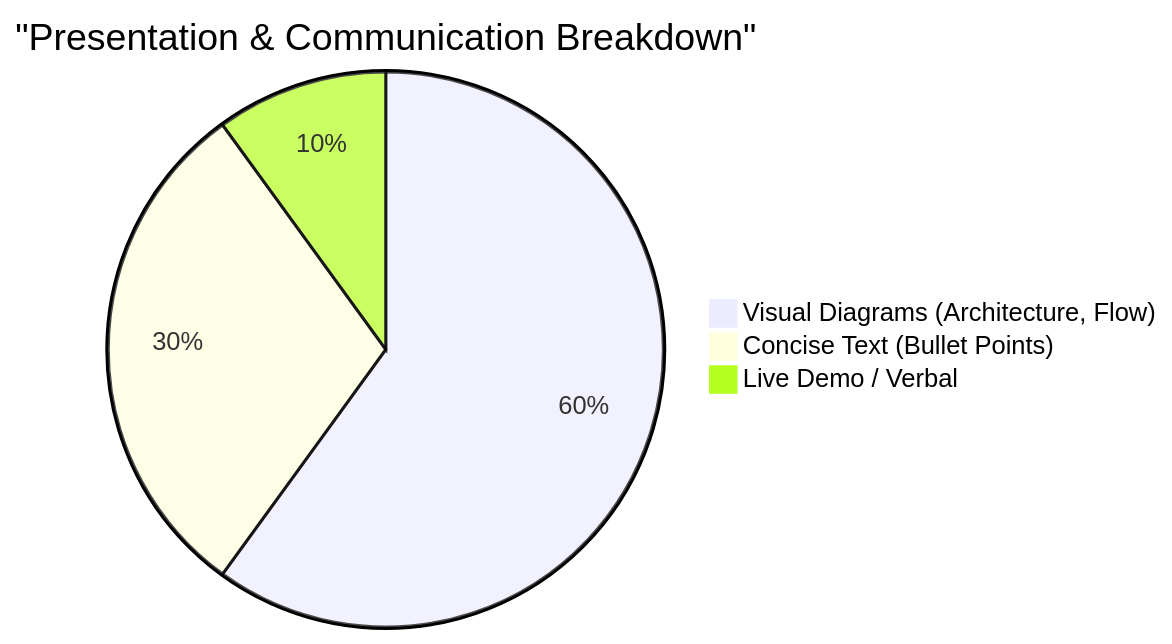
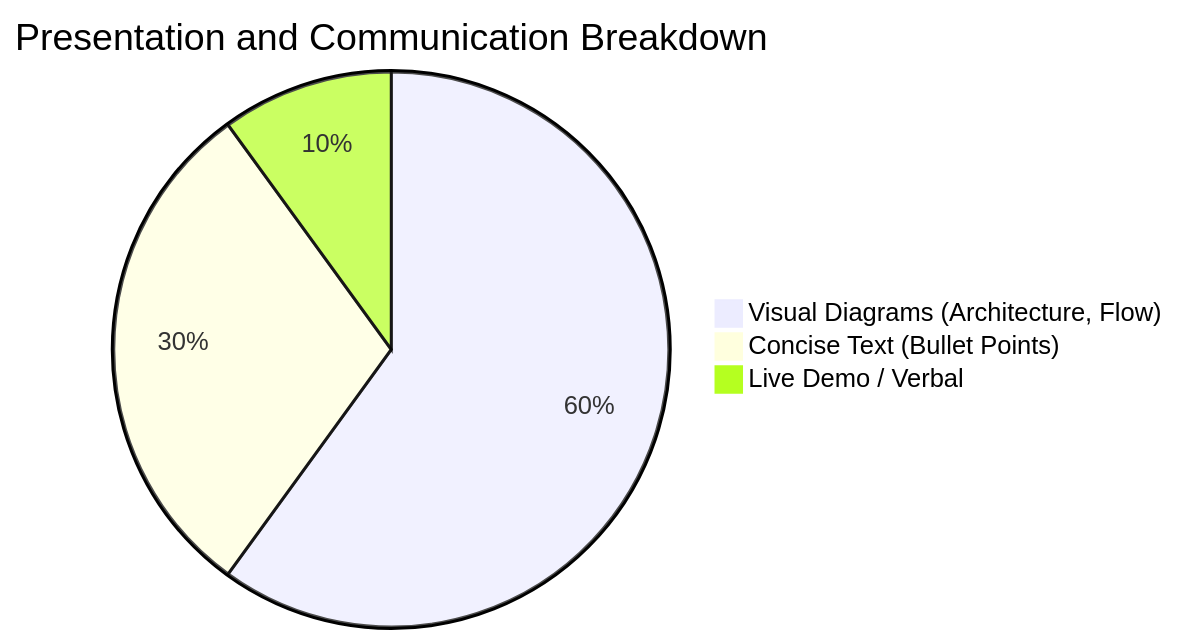
Before and after one commit to hmpmanish/jaymani-krishi-sewa: the fifth of 5 diagrams in docs/Project_Design_Report_PO_Mapping.md, drawn with Mermaid. The commit also changed other lines of this file, not shown here.

Commit message:
Fix Mermaid rendering issues on GitHub

````diff
--- a/docs/Project_Design_Report_PO_Mapping.md
+++ b/docs/Project_Design_Report_PO_Mapping.md
@@ -119,6 +116,6 @@
 ```mermaid
-pie title "Presentation & Communication Breakdown"
+pie title Presentation and Communication Breakdown
     "Visual Diagrams (Architecture, Flow)" : 60
     "Concise Text (Bullet Points)" : 30
     "Live Demo / Verbal" : 10
 ```
````
